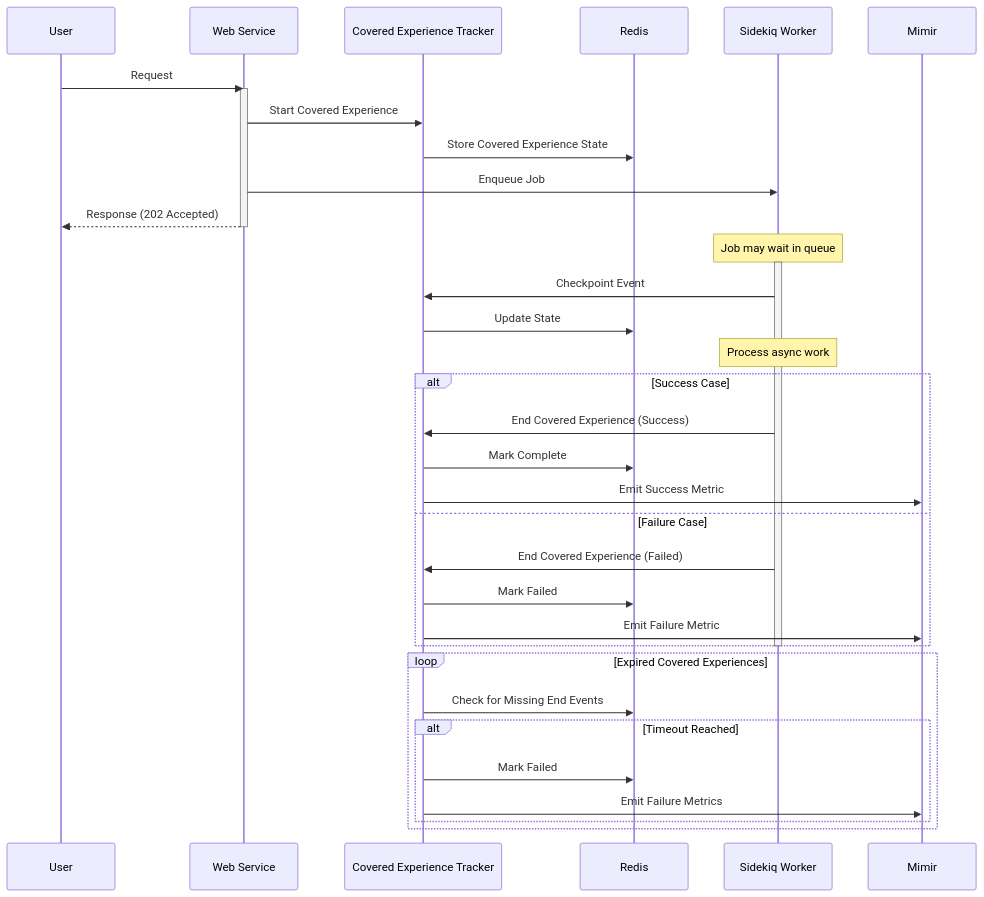
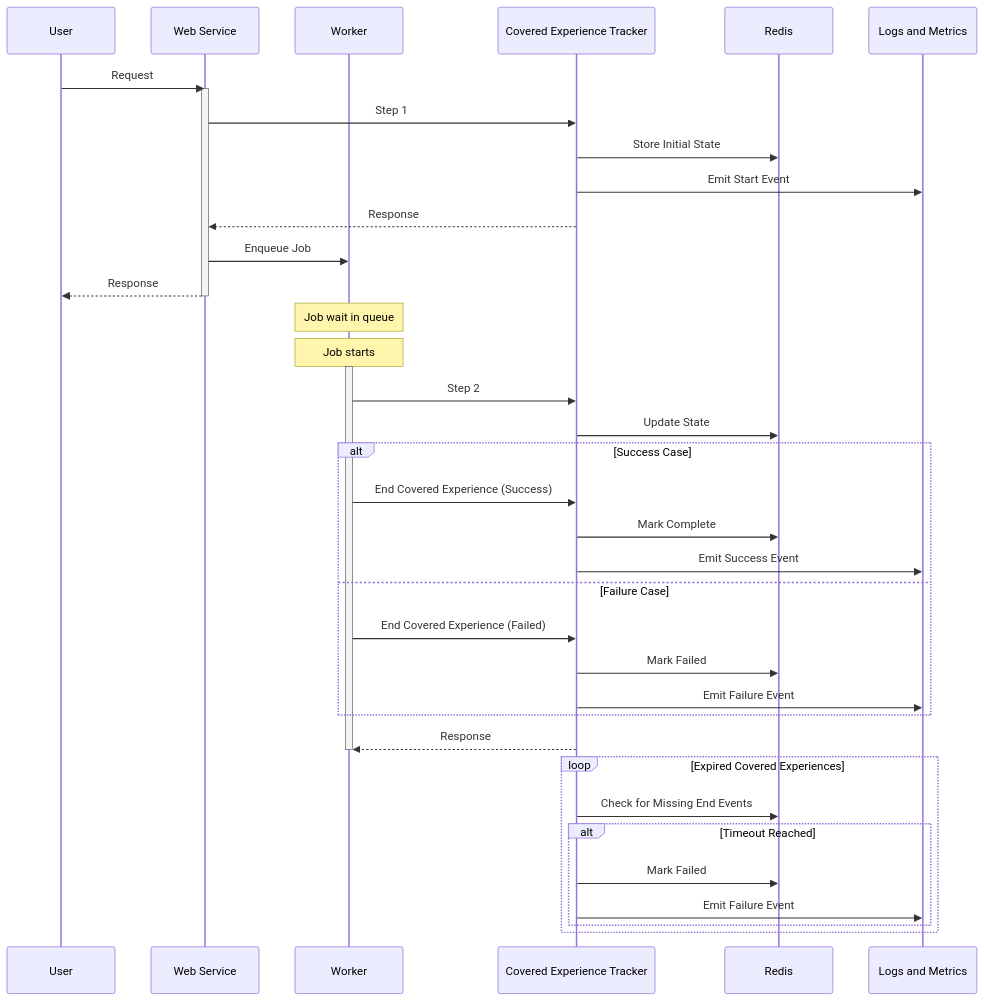
One commit to zalyoung/gitlab-handbook changed the third of 3 diagrams in content/handbook/engineering/architecture/design-documents/covered_experience_slis/_index.md. Above: the diagram before and after it, drawn with Mermaid. The commit also changed other lines of this file, not shown here.

````diff
--- a/content/handbook/engineering/architecture/design-documents/covered_experience_slis/_index.md
+++ b/content/handbook/engineering/architecture/design-documents/covered_experience_slis/_index.md
@@ -175,46 +276,49 @@
 ```mermaid
 sequenceDiagram
     participant User
     participant Web as Web Service
+    participant Worker
     participant Tracker as Covered Experience Tracker
     participant Redis
-    participant Sidekiq as Sidekiq Worker
-    participant Metrics as Mimir
+    participant Event as Logs and Metrics
 
     User->>Web: Request
     activate Web
 
-    Web->>Tracker: Start Covered Experience
-    Tracker->>Redis: Store Covered Experience State
+    Web->>Tracker: Step 1
+    Tracker->>Redis: Store Initial State
+    Tracker->>Event: Emit Start Event
+    Tracker-->>Web: Response
 
-    Web->>Sidekiq: Enqueue Job
-    Web-->>User: Response (202 Accepted)
+    Web->>Worker: Enqueue Job
+    Web-->>User: Response
     deactivate Web
 
-    Note over Sidekiq: Job may wait in queue
+    Note over Worker: Job wait in queue
 
-    activate Sidekiq
-    Sidekiq->>Tracker: Checkpoint Event
+    Note over Worker: Job starts
+    activate Worker
+    Worker->>Tracker: Step 2
     Tracker->>Redis: Update State
 
-    Note over Sidekiq: Process async work
+    alt Success Case
+        Worker->>Tracker: End Covered Experience (Success)
+        Tracker->>Redis: Mark Complete
+        Tracker->>Event: Emit Success Event
+    else Failure Case
+        Worker->>Tracker: End Covered Experience (Failed)
+        Tracker->>Redis: Mark Failed
+        Tracker->>Event: Emit Failure Event
+    end
 
-    alt Success Case
-        Sidekiq->>Tracker: End Covered Experience (Success)
-        Tracker->>Redis: Mark Complete
-        Tracker->>Metrics: Emit Success Metric
-    else Failure Case
-        Sidekiq->>Tracker: End Covered Experience (Failed)
-        Tracker->>Redis: Mark Failed
-        Tracker->>Metrics: Emit Failure Metric
-    end
-    deactivate Sidekiq
+    Tracker-->>Worker: Response
+    deactivate Worker
 
     loop Expired Covered Experiences
         Tracker->>Redis: Check for Missing End Events
         alt Timeout Reached
             Tracker->>Redis: Mark Failed
-            Tracker->>Metrics: Emit Failure Metrics
+            Tracker->>Event: Emit Failure Event
         end
     end
 ```
````
